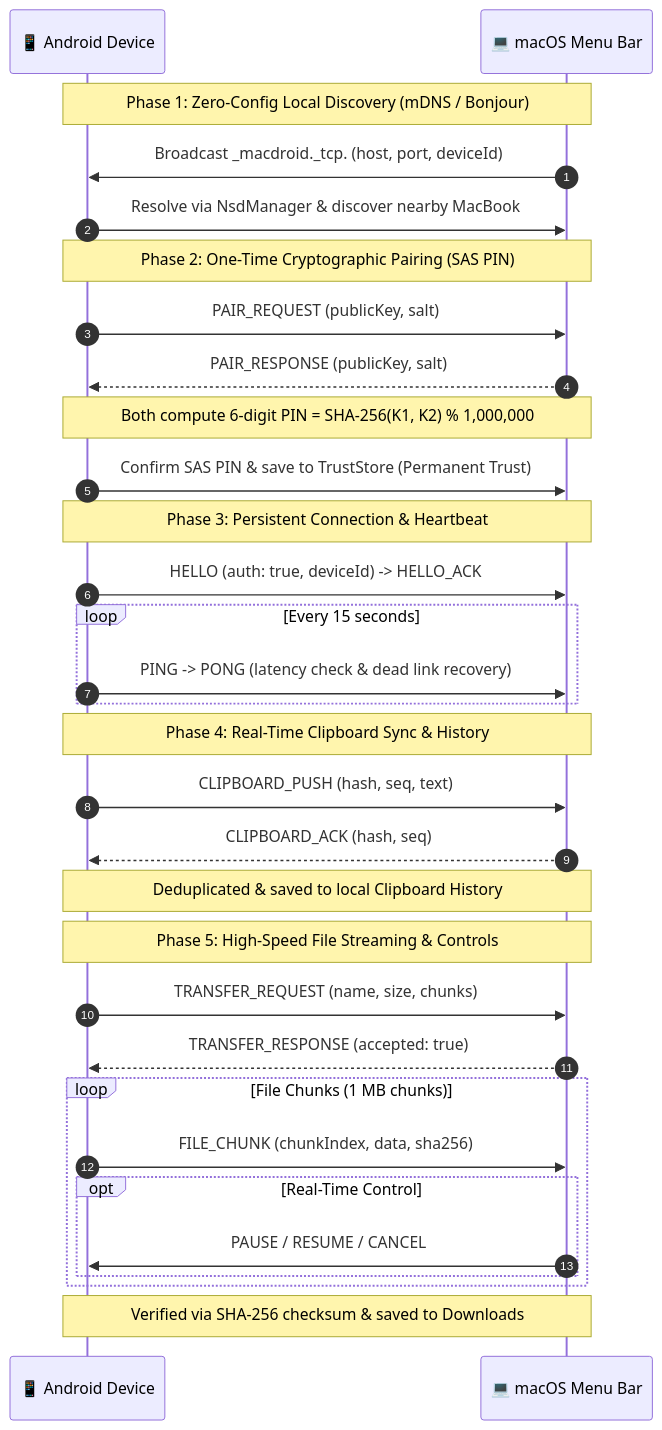
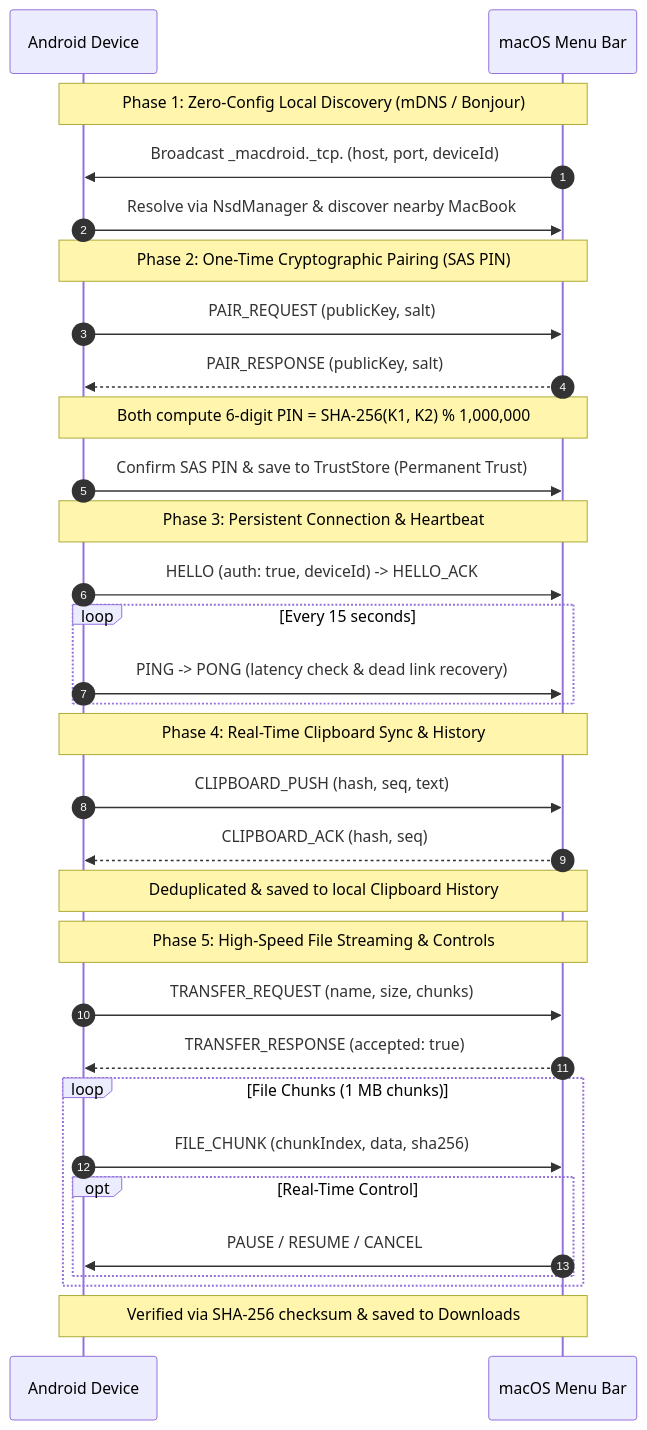
The diagram in README.md (rahulmahasetha/dexolink), drawn with Mermaid before and after one commit. The commit also changed other lines of this file and 12 other files, not shown here.

````diff
--- a/README.md
+++ b/README.md
@@ -38,38 +38,38 @@
 ```mermaid
 sequenceDiagram
     autonumber
-    participant Android as 📱 Android Device
-    participant Mac as 💻 macOS Menu Bar
+    participant Android as Android Device
+    participant Mac as macOS Menu Bar
     
     Note over Android,Mac: Phase 1: Zero-Config Local Discovery (mDNS / Bonjour)
     Mac->>Android: Broadcast _macdroid._tcp. (host, port, deviceId)
     Android->>Mac: Resolve via NsdManager & discover nearby MacBook
     
     Note over Android,Mac: Phase 2: One-Time Cryptographic Pairing (SAS PIN)
     Android->>Mac: PAIR_REQUEST (publicKey, salt)
     Mac-->>Android: PAIR_RESPONSE (publicKey, salt)
     Note over Android,Mac: Both compute 6-digit PIN = SHA-256(K1, K2) % 1,000,000
     Android->>Mac: Confirm SAS PIN & save to TrustStore (Permanent Trust)
     
     Note over Android,Mac: Phase 3: Persistent Connection & Heartbeat
     Android->>Mac: HELLO (auth: true, deviceId) -> HELLO_ACK
     loop Every 15 seconds
         Android->>Mac: PING -> PONG (latency check & dead link recovery)
     end
     
     Note over Android,Mac: Phase 4: Real-Time Clipboard Sync & History
     Android->>Mac: CLIPBOARD_PUSH (hash, seq, text)
     Mac-->>Android: CLIPBOARD_ACK (hash, seq)
     Note over Android,Mac: Deduplicated & saved to local Clipboard History
     
     Note over Android,Mac: Phase 5: High-Speed File Streaming & Controls
     Android->>Mac: TRANSFER_REQUEST (name, size, chunks)
     Mac-->>Android: TRANSFER_RESPONSE (accepted: true)
     loop File Chunks (1 MB chunks)
         Android->>Mac: FILE_CHUNK (chunkIndex, data, sha256)
         opt Real-Time Control
             Mac->>Android: PAUSE / RESUME / CANCEL
         end
     end
     Note over Android,Mac: Verified via SHA-256 checksum & saved to Downloads
 ```
````
